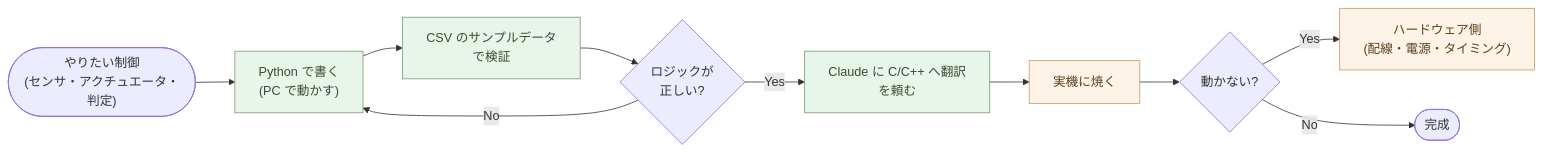
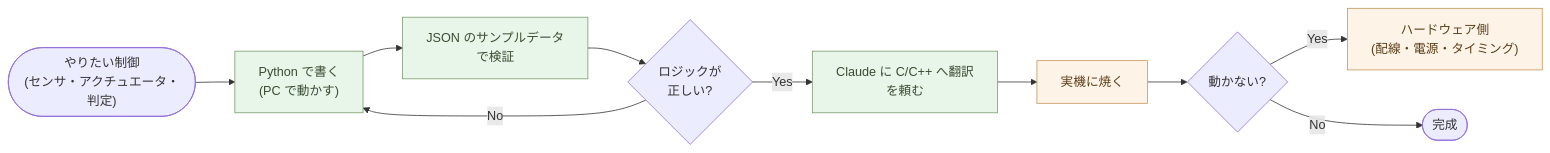
Before and after one commit to aiseed-dev/website: the diagram in articles/ai-native-ways/09-embedded/ja.md, drawn with Mermaid. The commit also changed other lines of this file and 17 other files, not shown here.

````diff
--- a/articles/ai-native-ways/09-embedded/ja.md
+++ b/articles/ai-native-ways/09-embedded/ja.md
@@ -83,22 +83,22 @@
 ```mermaid
 flowchart LR
   Idea(["やりたい制御<br/>(センサ・アクチュエータ・判定)"])
   Py["Python で書く<br/>(PC で動かす)"]
-  CSV["CSV のサンプルデータ<br/>で検証"]
+  CSV["JSON のサンプルデータ<br/>で検証"]
   OK{"ロジックが<br/>正しい?"}
   Trans["Claude に C/C++ へ翻訳<br/>を頼む"]
   HW["実機に焼く"]
   Bug{"動かない?"}
   HWFix["ハードウェア側<br/>(配線・電源・タイミング)"]
 
   Idea --> Py --> CSV --> OK
   OK -->|No| Py
   OK -->|Yes| Trans --> HW --> Bug
   Bug -->|Yes| HWFix
   Bug -->|No| Done(["完成"])
 
   classDef pc fill:#e8f5e9,stroke:#7a9a6d,color:#3a4d34
   classDef hw fill:#fef3e7,stroke:#c89559,color:#5a3f1a
   class Py,CSV,Trans pc
   class HW,HWFix hw
 ```
````
